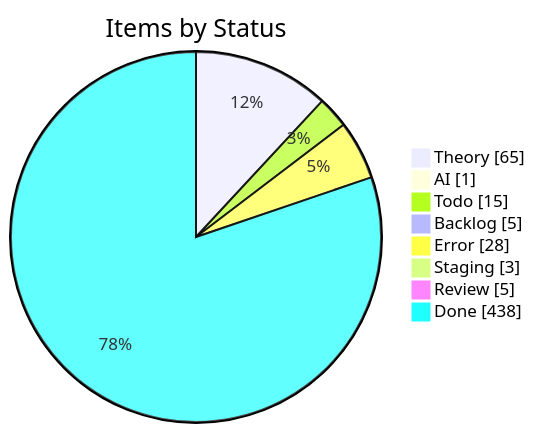
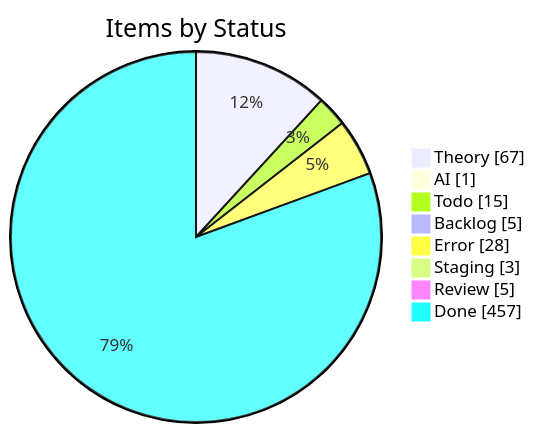
The first of 4 diagrams in apps/kbve/astro-kbve/src/content/docs/dashboard/kanban-data.mdx (KBVE/kbve), drawn with Mermaid before and after one commit. The commit also changed other lines of this file and 8 other files, not shown here.

````diff
--- a/apps/kbve/astro-kbve/src/content/docs/dashboard/kanban-data.mdx
+++ b/apps/kbve/astro-kbve/src/content/docs/dashboard/kanban-data.mdx
@@ -55,12 +55,12 @@
 ```mermaid
 pie showData
     title Items by Status
-    "Theory" : 65
+    "Theory" : 67
     "AI" : 1
     "Todo" : 15
     "Backlog" : 5
     "Error" : 28
     "Staging" : 3
     "Review" : 5
-    "Done" : 438
+    "Done" : 457
 ```
````
